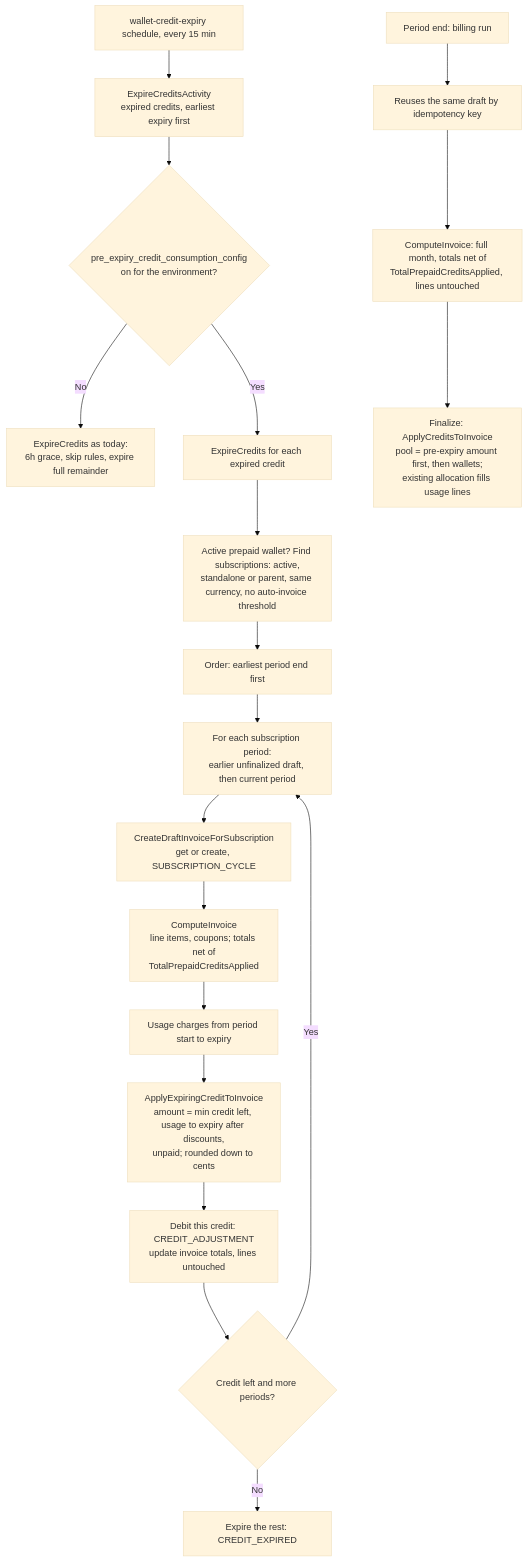
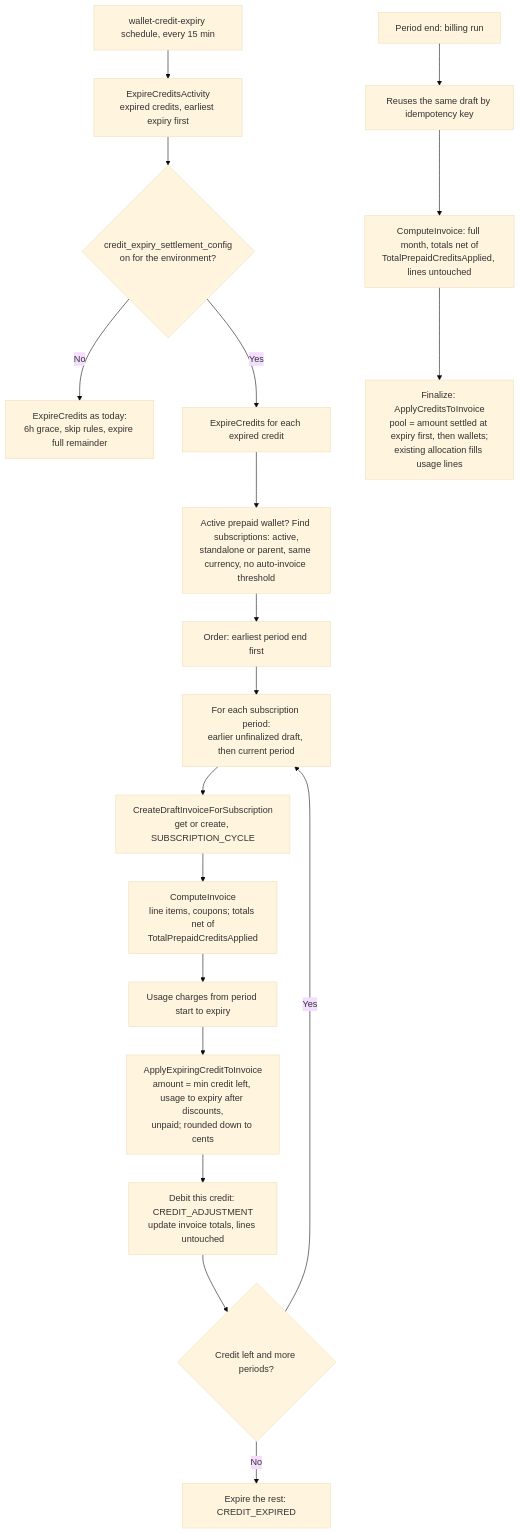
One commit to flexprice/flexprice changed the diagram in docs/design/2026-09-26-mid-period-credit-expiry.md. Above: the diagram before and after it, drawn with Mermaid (base theme). The commit also changed other lines of this file and 11 other files, not shown here.

First line of the commit message:
refactor(wallet): rename pre-expiry consumption to credit expiry settlement

````diff
--- a/docs/design/2026-09-26-mid-period-credit-expiry.md
+++ b/docs/design/2026-09-26-mid-period-credit-expiry.md
@@ -53,22 +53,22 @@
 ```mermaid
 flowchart TD
     A[wallet-credit-expiry schedule, every 15 min] --> B[ExpireCreditsActivity<br/>expired credits, earliest expiry first]
-    B --> C{pre_expiry_credit_consumption_config<br/>on for the environment?}
+    B --> C{credit_expiry_settlement_config<br/>on for the environment?}
     C -- No --> Z[ExpireCredits as today:<br/>6h grace, skip rules, expire full remainder]
     C -- Yes --> D[ExpireCredits for each expired credit]
     D --> E[Active prepaid wallet? Find subscriptions: active,<br/>standalone or parent, same currency, no auto-invoice threshold]
     E --> F[Order: earliest period end first]
     F --> G[For each subscription period:<br/>earlier unfinalized draft, then current period]
     G --> H[CreateDraftInvoiceForSubscription<br/>get or create, SUBSCRIPTION_CYCLE]
     H --> I[ComputeInvoice<br/>line items, coupons; totals net of<br/>TotalPrepaidCreditsApplied]
     I --> J[Usage charges from period start to expiry]
     J --> K[ApplyExpiringCreditToInvoice<br/>amount = min credit left, usage to expiry after discounts,<br/>unpaid; rounded down to cents]
     K --> L[Debit this credit: CREDIT_ADJUSTMENT<br/>update invoice totals, lines untouched]
     L --> M{Credit left and more periods?}
     M -- Yes --> G
     M -- No --> N[Expire the rest: CREDIT_EXPIRED]
 
     P[Period end: billing run] --> Q[Reuses the same draft by idempotency key]
     Q --> R[ComputeInvoice: full month, totals net of<br/>TotalPrepaidCreditsApplied, lines untouched]
-    R --> S[Finalize: ApplyCreditsToInvoice<br/>pool = pre-expiry amount first, then wallets;<br/>existing allocation fills usage lines]
+    R --> S[Finalize: ApplyCreditsToInvoice<br/>pool = amount settled at expiry first, then wallets;<br/>existing allocation fills usage lines]
 ```
````
